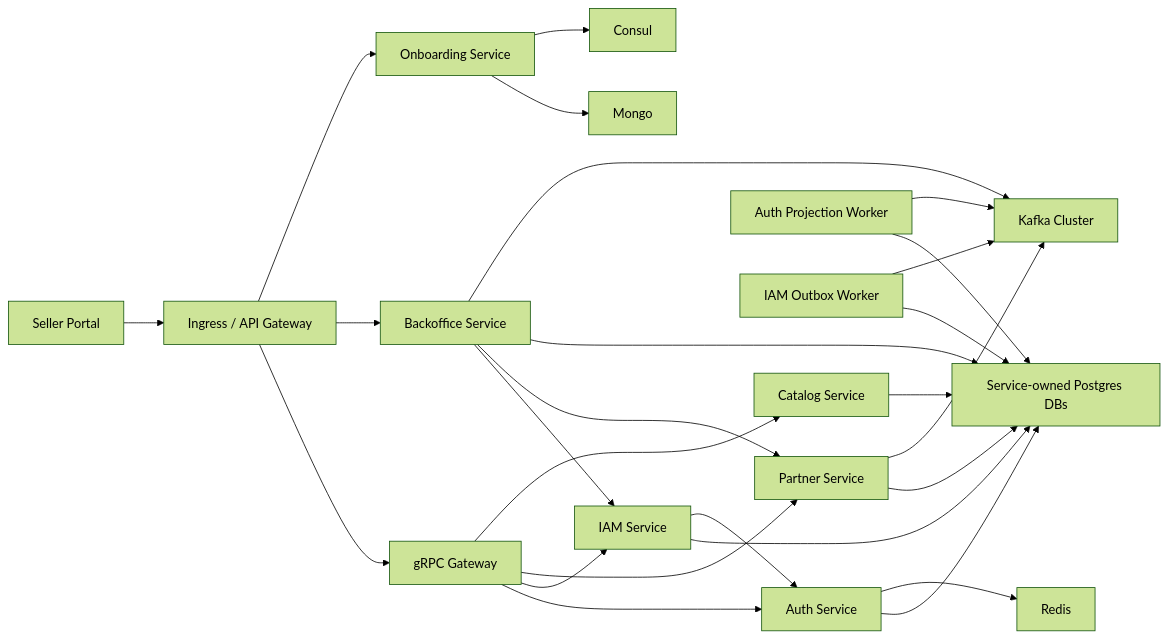
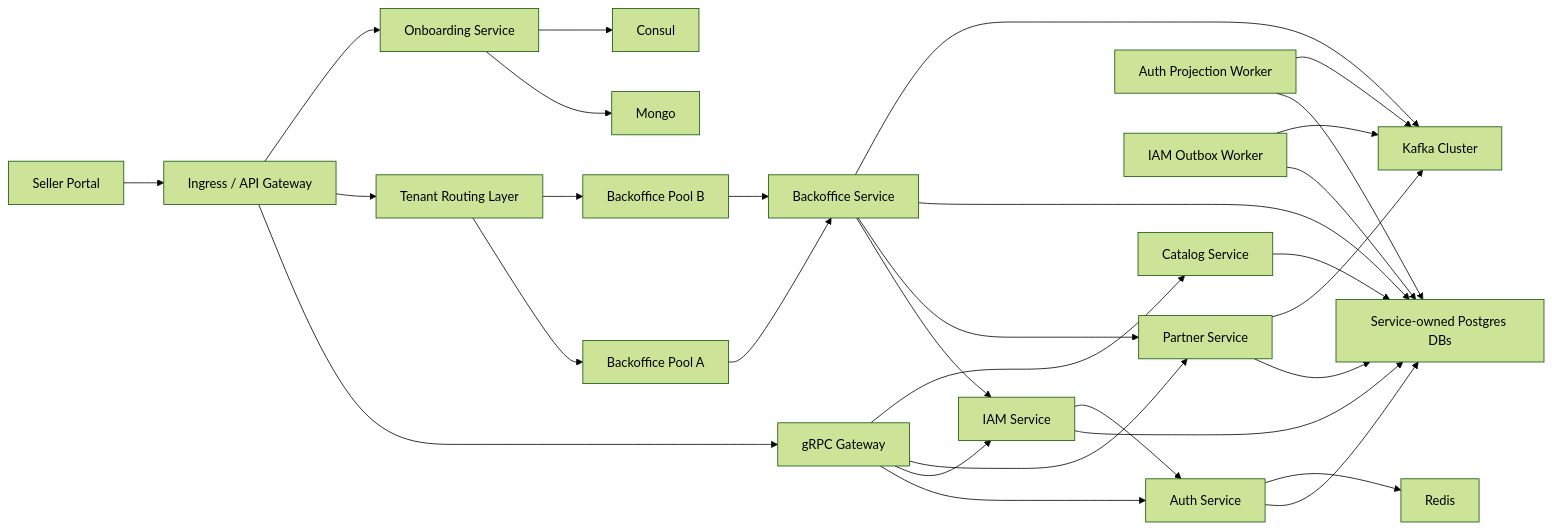
The second of 3 diagrams in docs/architecture/deployment.md (tuannm99/podzone), drawn with Mermaid (forest theme) before and after one commit. The commit also changed other lines of this file and 5 other files, not shown here.

````diff
--- a/docs/architecture/deployment.md
+++ b/docs/architecture/deployment.md
@@ -70,48 +70,56 @@
 ```mermaid
 flowchart LR
     Ingress["Ingress / API Gateway"]
+    Router["Tenant Routing Layer"]
+    BOPoolA["Backoffice Pool A"]
+    BOPoolB["Backoffice Pool B"]
     UI["Seller Portal"]
     Gateway["gRPC Gateway"]
     Auth["Auth Service"]
     AuthWorker["Auth Projection Worker"]
     IAM["IAM Service"]
     IAMWorker["IAM Outbox Worker"]
     Backoffice["Backoffice Service"]
     Partner["Partner Service"]
     Catalog["Catalog Service"]
     Onboarding["Onboarding Service"]
     Kafka["Kafka Cluster"]
     Redis["Redis"]
     SQL["Service-owned Postgres DBs"]
     Consul["Consul"]
     Mongo["Mongo"]
 
     UI --> Ingress
     Ingress --> Gateway
-    Ingress --> Backoffice
+    Ingress --> Router
+    Router --> BOPoolA
+    Router --> BOPoolB
     Ingress --> Onboarding
 
     Gateway --> Auth
     Gateway --> IAM
     Gateway --> Partner
     Gateway --> Catalog
+
+    BOPoolA --> Backoffice
+    BOPoolB --> Backoffice
 
     Backoffice --> IAM
     Backoffice --> Partner
 
     Auth --> SQL
     Auth --> Redis
     AuthWorker --> SQL
     AuthWorker --> Kafka
     IAM --> SQL
     IAM --> Auth
     IAMWorker --> SQL
     IAMWorker --> Kafka
     Partner --> SQL
     Partner --> Kafka
     Catalog --> SQL
     Backoffice --> SQL
     Backoffice --> Kafka
     Onboarding --> Mongo
     Onboarding --> Consul
 ```
````
